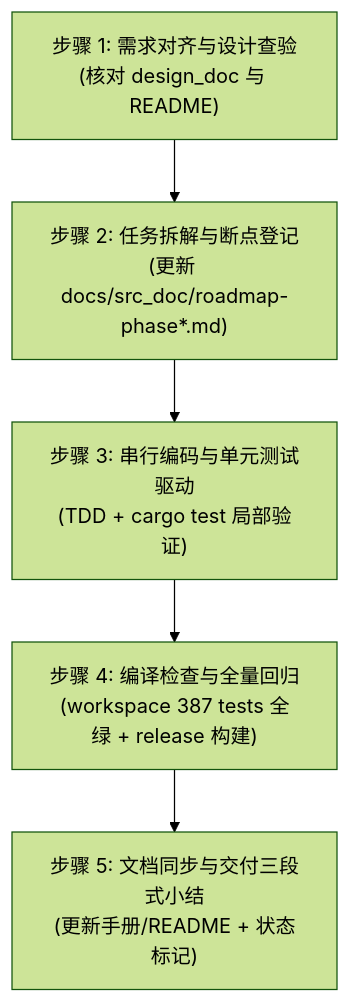
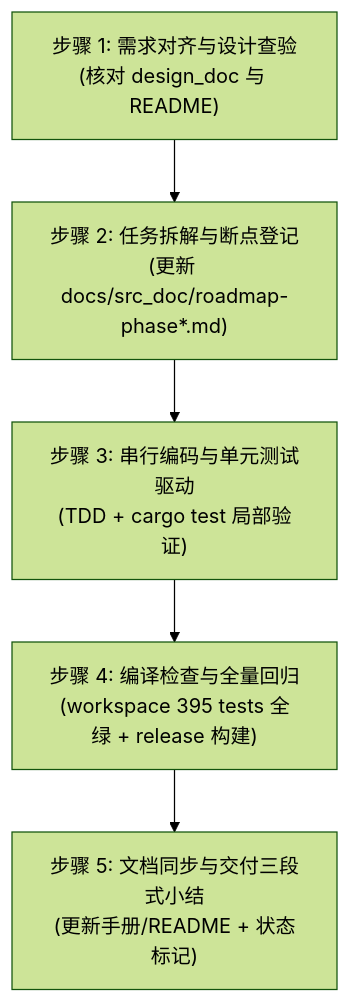
One commit to digoal/agent-body changed the diagram in skills/agent-body-developer/SKILL.md. Above: the diagram before and after it, drawn with Mermaid (forest theme). The commit also changed other lines of this file and 10 other files, not shown here.

Commit message:
docs(obs): align Phase 74 / ISSUE #53 design spec, roadmap, manuals, and first-class skills

````diff
--- a/skills/agent-body-developer/SKILL.md
+++ b/skills/agent-body-developer/SKILL.md
@@ -114,7 +114,7 @@
 ```mermaid
 flowchart TD
     A["步骤 1: 需求对齐与设计查验<br/>(核对 design_doc 与 README)"] --> B["步骤 2: 任务拆解与断点登记<br/>(更新 docs/src_doc/roadmap-phase*.md)"]
     B --> C["步骤 3: 串行编码与单元测试驱动<br/>(TDD + cargo test 局部验证)"]
-    C --> D["步骤 4: 编译检查与全量回归<br/>(workspace 387 tests 全绿 + release 构建)"]
+    C --> D["步骤 4: 编译检查与全量回归<br/>(workspace 395 tests 全绿 + release 构建)"]
     D --> E["步骤 5: 文档同步与交付三段式小结<br/>(更新手册/README + 状态标记)"]
 ```
````
